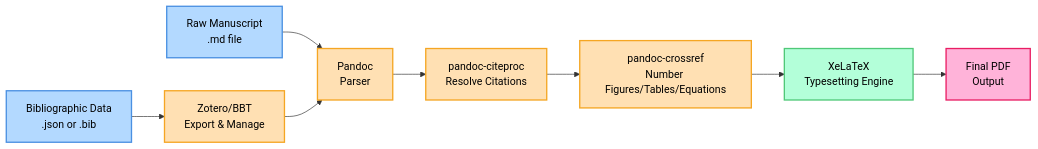
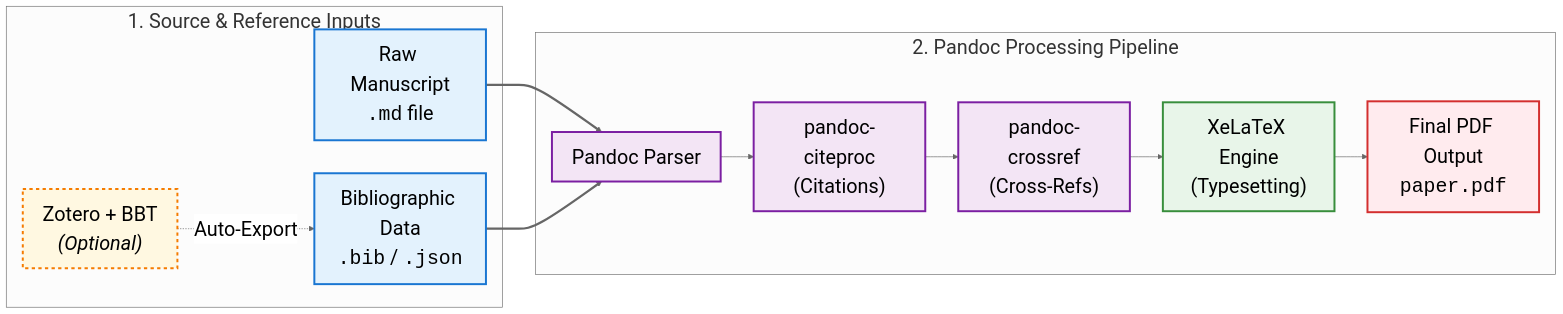
The diagram in paper.md (naihongzhou1029/markdown_academic_writing_workflow), drawn with Mermaid before and after one commit. The commit also changed other lines of this file and 3 other files, not shown here.

````diff
--- a/paper.md
+++ b/paper.md
@@ -89,19 +87,25 @@
 ```mermaid
+%%{init: {"theme": "neutral", "themeVariables": {"fontSize": "30px", "fontFamily": "arial, sans-serif", "primaryTextColor": "#000000"}}}%%
 flowchart LR
-    A[Raw Manuscript<br/>.md file] --> D[Pandoc<br/>Parser]
-    B[Bibliographic Data<br/>.json or .bib] --> C[Zotero/BBT<br/>Export & Manage]
-    C --> D
-    D --> E[pandoc-citeproc<br/>Resolve Citations]
-    E --> F[pandoc-crossref<br/>Number Figures/Tables/Equations]
-    F --> G[XeLaTeX<br/>Typesetting Engine]
-    G --> H[Final PDF<br/>Output]
-    
-    style A fill:#b3d9ff,stroke:#4a90e2,stroke-width:2px,color:#000000
-    style B fill:#b3d9ff,stroke:#4a90e2,stroke-width:2px,color:#000000
-    style C fill:#ffe0b3,stroke:#f5a623,stroke-width:2px,color:#000000
-    style D fill:#ffe0b3,stroke:#f5a623,stroke-width:2px,color:#000000
-    style E fill:#ffe0b3,stroke:#f5a623,stroke-width:2px,color:#000000
-    style F fill:#ffe0b3,stroke:#f5a623,stroke-width:2px,color:#000000
-    style G fill:#b3ffd9,stroke:#50c878,stroke-width:2px,color:#000000
-    style H fill:#ffb3d9,stroke:#e91e63,stroke-width:2px,color:#000000
+    subgraph Sources ["1. Source & Reference Inputs"]
+        A["Raw Manuscript<br/><code>.md</code> file"]
+        B["Bibliographic Data<br/><code>.bib</code> / <code>.json</code>"]
+        Z["Zotero + BBT<br/><i>(Optional)</i>"] -. Auto-Export .-> B
+    end
+
+    subgraph Pipeline ["2. Pandoc Processing Pipeline"]
+        D["Pandoc Parser"] --> E["pandoc-citeproc<br/>(Citations)"] --> F["pandoc-crossref<br/>(Cross-Refs)"] --> G["XeLaTeX Engine<br/>(Typesetting)"] --> H["Final PDF Output<br/><code>paper.pdf</code>"]
+    end
+
+    A ==> D
+    B ==> D
+
+    style A fill:#e3f2fd,stroke:#1976d2,stroke-width:3px,color:#000000
+    style B fill:#e3f2fd,stroke:#1976d2,stroke-width:3px,color:#000000
+    style Z fill:#fff8e1,stroke:#f57c00,stroke-width:3px,stroke-dasharray: 5 5,color:#000000
+    style D fill:#f3e5f5,stroke:#7b1fa2,stroke-width:3px,color:#000000
+    style E fill:#f3e5f5,stroke:#7b1fa2,stroke-width:3px,color:#000000
+    style F fill:#f3e5f5,stroke:#7b1fa2,stroke-width:3px,color:#000000
+    style G fill:#e8f5e9,stroke:#388e3c,stroke-width:3px,color:#000000
+    style H fill:#ffebee,stroke:#d32f2f,stroke-width:3px,color:#000000
 ```
````
